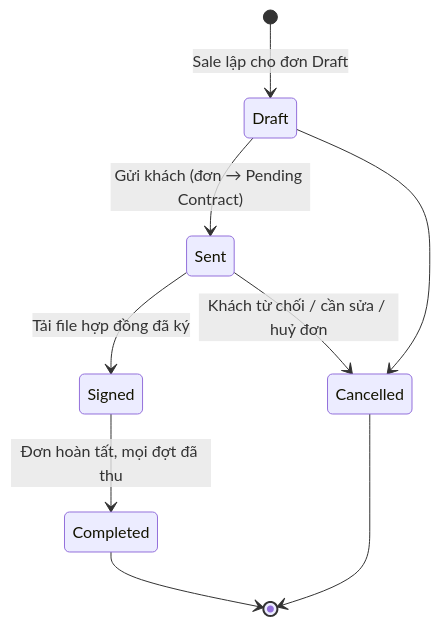
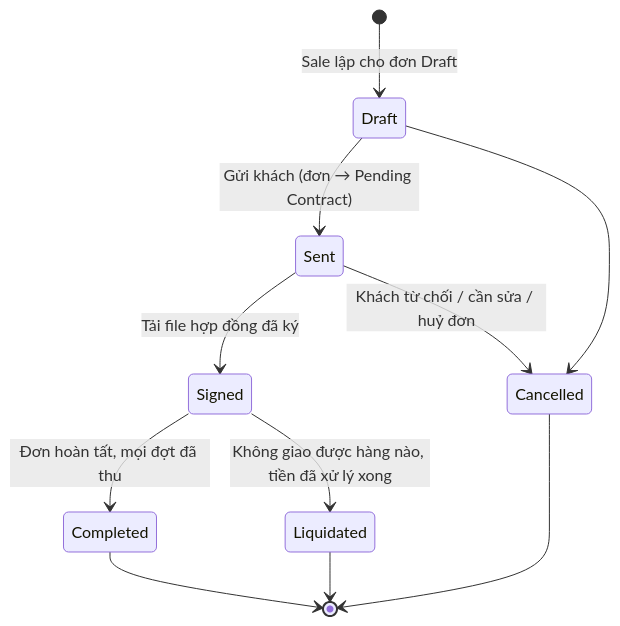
One commit to KLTN-FA26/docs changed the second of 3 diagrams in docs/ecommerce/14-cart-and-order/README.md. Above: the diagram before and after it, drawn with Mermaid. The commit also changed other lines of this file and 1 other file, not shown here.

````diff
--- a/docs/ecommerce/14-cart-and-order/README.md
+++ b/docs/ecommerce/14-cart-and-order/README.md
@@ -249,11 +250,13 @@
 ```mermaid
 stateDiagram-v2
     [*] --> Draft: Sale lập cho đơn Draft
     Draft --> Sent: Gửi khách (đơn → Pending Contract)
     Sent --> Signed: Tải file hợp đồng đã ký
     Signed --> Completed: Đơn hoàn tất, mọi đợt đã thu
+    Signed --> Liquidated: Không giao được hàng nào, tiền đã xử lý xong
     Draft --> Cancelled
     Sent --> Cancelled: Khách từ chối / cần sửa / huỷ đơn
     Completed --> [*]
+    Liquidated --> [*]
     Cancelled --> [*]
 ```
````
